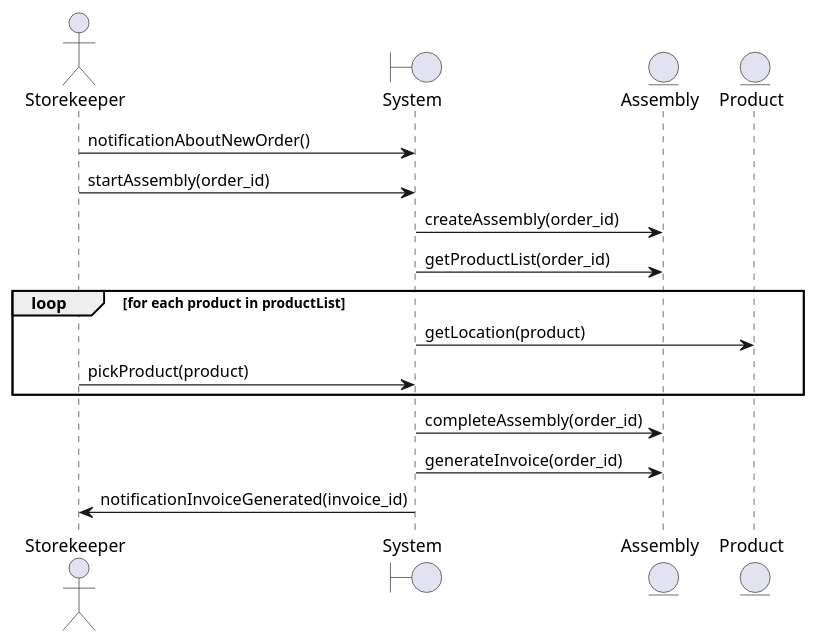
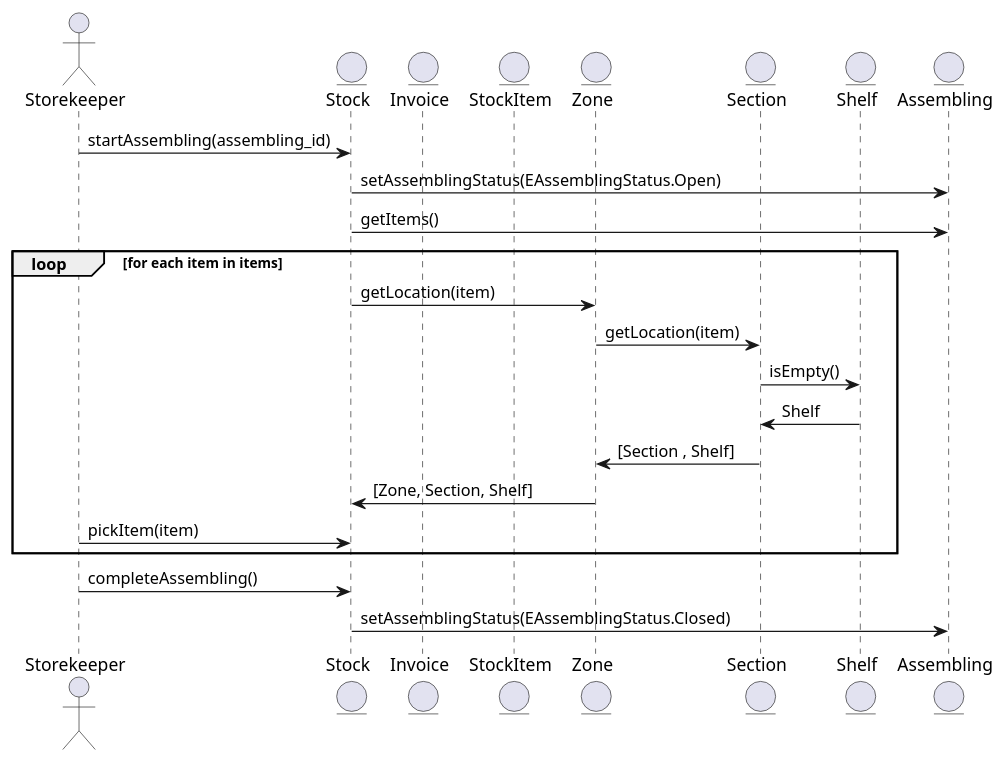
One commit to penamarth/bsbo-02-21_team5_var6_sklad changed the diagram in warehouse/Прецеденты/Отгрузка товара/диаграмма_последовательности.md. Above: the diagram before and after it, drawn with PlantUML.

````diff
--- a/warehouse/Прецеденты/Отгрузка товара/диаграмма_последовательности.md
+++ b/warehouse/Прецеденты/Отгрузка товара/диаграмма_последовательности.md
@@ -1,23 +1,30 @@
 ```plantuml
 
 @startuml
 actor Storekeeper
-boundary System
-entity Assembly
-entity Product
+entity Stock
+entity Invoice
+entity StockItem
+entity Zone
+entity Section
+entity Shelf
+entity Assembling
 
-Storekeeper -> System : notificationAboutNewOrder()
-Storekeeper -> System : startAssembly(order_id)
-System -> Assembly : createAssembly(order_id)
-System -> Assembly : getProductList(order_id)
-loop for each product in productList
-    System -> Product : getLocation(product)
-    Storekeeper -> System : pickProduct(product)
+Storekeeper -> Stock : startAssembling(assembling_id)
+Stock -> Assembling : setAssemblingStatus(EAssemblingStatus.Open)
+Stock -> Assembling : getItems()
+loop for each item in items
+    Stock -> Zone : getLocation(item)
+    Zone -> Section : getLocation(item)
+    Section -> Shelf : isEmpty()
+    Shelf -> Section : Shelf
+    Section -> Zone : [Section , Shelf]
+    Zone -> Stock : [Zone, Section, Shelf]
+    Storekeeper -> Stock : pickItem(item)
 end
-System -> Assembly : completeAssembly(order_id)
-System -> Assembly : generateInvoice(order_id)
-System -> Storekeeper : notificationInvoiceGenerated(invoice_id)
+Storekeeper -> Stock : completeAssembling()
+Stock -> Assembling : setAssemblingStatus(EAssemblingStatus.Closed)
 @enduml
 
 
 ```
````
